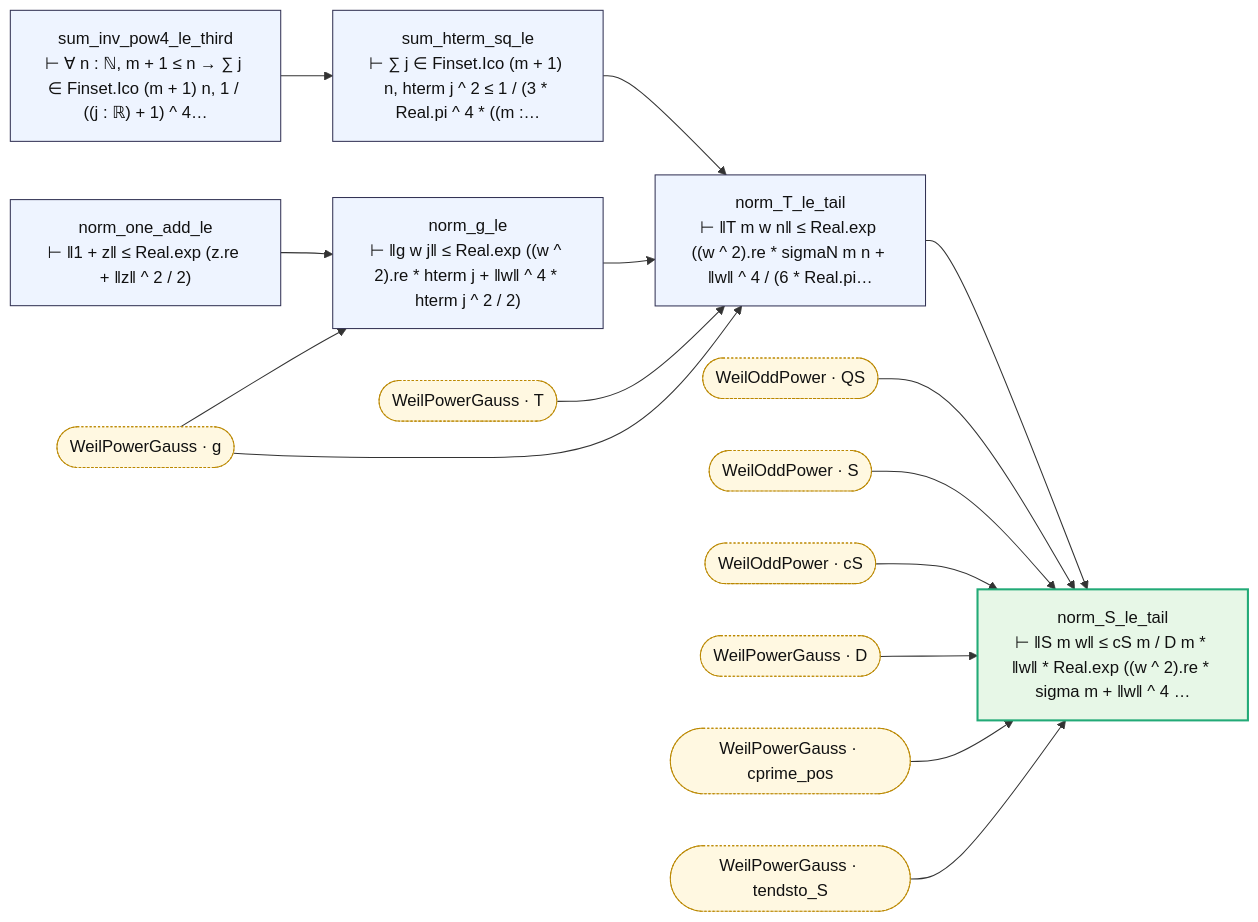
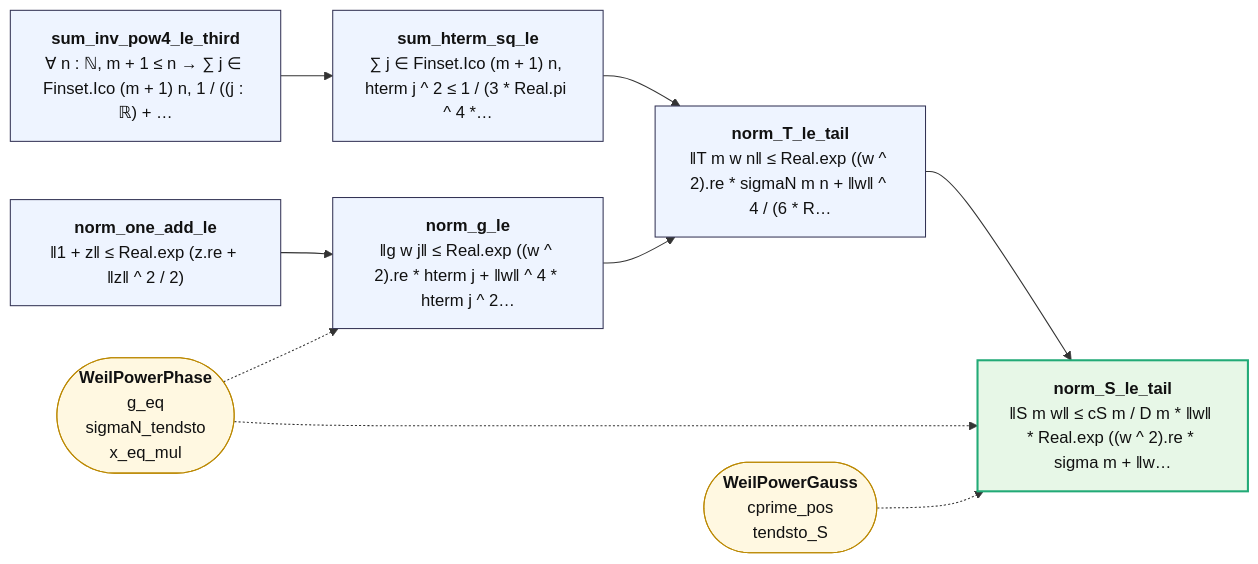
The diagram in map/lean_stage3/WeilPowerTail.md (juliansambranojr/Primebeat_081426), drawn with Mermaid before and after one commit. The commit also changed other lines of this file and 387 other files, not shown here.

````diff
--- a/map/lean_stage3/WeilPowerTail.md
+++ b/map/lean_stage3/WeilPowerTail.md
@@ -8,37 +12,24 @@
 ```mermaid
 flowchart LR
-  n0["sum_inv_pow4_le_third<br/>⊢ ∀ n : ℕ, m + 1 ≤ n → ∑ j ∈ Finset.Ico (m + 1) n, 1 / ((j : ℝ) + 1) ^ 4…"]:::thm
-  n1["sum_hterm_sq_le<br/>⊢ ∑ j ∈ Finset.Ico (m + 1) n, hterm j ^ 2 ≤ 1 / (3 * Real.pi ^ 4 * ((m :…"]:::thm
-  n2["norm_one_add_le<br/>⊢ ‖1 + z‖ ≤ Real.exp (z.re + ‖z‖ ^ 2 / 2)"]:::thm
-  n3["norm_g_le<br/>⊢ ‖g w j‖ ≤ Real.exp ((w ^ 2).re * hterm j + ‖w‖ ^ 4 * hterm j ^ 2 / 2)"]:::thm
-  n4["norm_T_le_tail<br/>⊢ ‖T m w n‖ ≤ Real.exp ((w ^ 2).re * sigmaN m n + ‖w‖ ^ 4 / (6 * Real.pi…"]:::thm
-  n5["norm_S_le_tail<br/>⊢ ‖S m w‖ ≤ cS m / D m * ‖w‖ * Real.exp ((w ^ 2).re * sigma m + ‖w‖ ^ 4 …"]:::end_
-  x0(["WeilOddPower · QS"]):::ext
-  x1(["WeilOddPower · S"]):::ext
-  x2(["WeilOddPower · cS"]):::ext
-  x3(["WeilPowerGauss · D"]):::ext
-  x4(["WeilPowerGauss · T"]):::ext
-  x5(["WeilPowerGauss · cprime_pos"]):::ext
-  x6(["WeilPowerGauss · g"]):::ext
-  x7(["WeilPowerGauss · tendsto_S"]):::ext
+  n0["<b>sum_inv_pow4_le_third</b><br/>∀ n : ℕ, m + 1 ≤ n → ∑ j ∈ Finset.Ico (m + 1) n, 1 / ((j : ℝ) + …"]:::thm
+  n1["<b>sum_hterm_sq_le</b><br/>∑ j ∈ Finset.Ico (m + 1) n, hterm j ^ 2 ≤ 1 / (3 * Real.pi ^ 4 *…"]:::thm
+  n2["<b>norm_one_add_le</b><br/>‖1 + z‖ ≤ Real.exp (z.re + ‖z‖ ^ 2 / 2)"]:::thm
+  n3["<b>norm_g_le</b><br/>‖g w j‖ ≤ Real.exp ((w ^ 2).re * hterm j + ‖w‖ ^ 4 * hterm j ^ 2…"]:::thm
+  n4["<b>norm_T_le_tail</b><br/>‖T m w n‖ ≤ Real.exp ((w ^ 2).re * sigmaN m n + ‖w‖ ^ 4 / (6 * R…"]:::thm
+  n5["<b>norm_S_le_tail</b><br/>‖S m w‖ ≤ cS m / D m * ‖w‖ * Real.exp ((w ^ 2).re * sigma m + ‖w…"]:::end_
+  x0(["<b>WeilPowerPhase</b><br/>g_eq<br/>sigmaN_tendsto<br/>x_eq_mul"]):::ext
+  x1(["<b>WeilPowerGauss</b><br/>cprime_pos<br/>tendsto_S"]):::ext
   n0 --> n1
   n1 --> n4
   n2 --> n3
   n3 --> n4
   n4 --> n5
-  x0 --> n5
-  x1 --> n5
-  x2 --> n5
-  x3 --> n5
-  x4 --> n4
-  x5 --> n5
-  x6 --> n3
-  x6 --> n4
-  x7 --> n5
+  x0 -.-> n3
+  x0 -.-> n5
+  x1 -.-> n5
   classDef thm fill:#eef4ff,stroke:#335,color:#111
-  classDef dfn fill:#f2f2f2,stroke:#777,color:#111
   classDef end_ fill:#e7f7e7,stroke:#2a7,color:#111,stroke-width:2px
   classDef lone fill:#fff,stroke:#999,color:#111,stroke-dasharray:4 3
   classDef bad fill:#ffe5e5,stroke:#c22,color:#111,stroke-width:2px
-  classDef ext fill:#fff8e1,stroke:#b80,color:#111,stroke-dasharray:2 2
+  classDef ext fill:#fff8e1,stroke:#b80,color:#111
 ```
````
